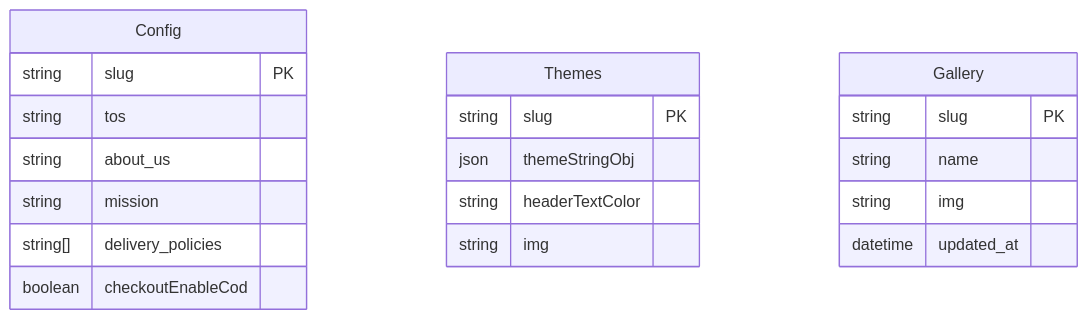
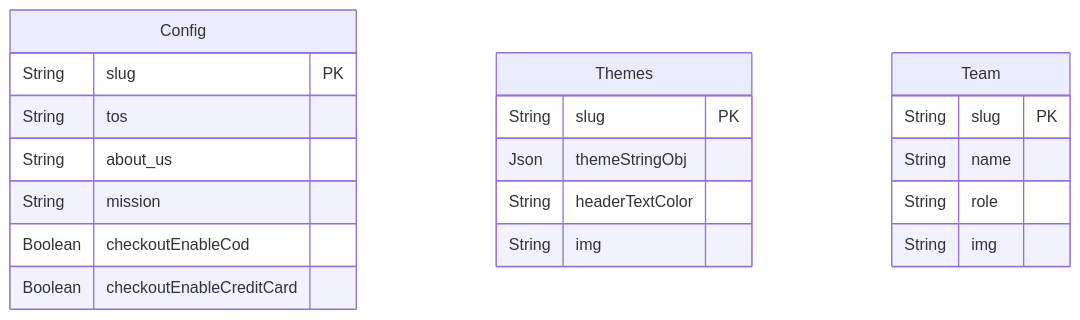
Before and after one commit to aymanbazyan/storeflow-docs: the fourth of 5 diagrams in docs/01-Overview/02-Tech-Stack-Concepts.md, drawn with Mermaid. The commit also changed other lines of this file and 13 other files, not shown here.

````diff
--- a/docs/01-Overview/02-Tech-Stack-Concepts.md
+++ b/docs/01-Overview/02-Tech-Stack-Concepts.md
@@ -181,25 +188,25 @@
 ```mermaid
 erDiagram
     Config {
-        string slug PK
-        string tos
-        string about_us
-        string mission
-        string[] delivery_policies
-        boolean checkoutEnableCod
+        String slug PK
+        String tos
+        String about_us
+        String mission
+        Boolean checkoutEnableCod
+        Boolean checkoutEnableCreditCard
     }
 
     Themes {
-        string slug PK
-        json themeStringObj
-        string headerTextColor
-        string img
+        String slug PK
+        Json themeStringObj
+        String headerTextColor
+        String img
     }
 
-    Gallery {
-        string slug PK
-        string name
-        string img
-        datetime updated_at
+    Team {
+        String slug PK
+        String name
+        String role
+        String img
     }
 ```
````
